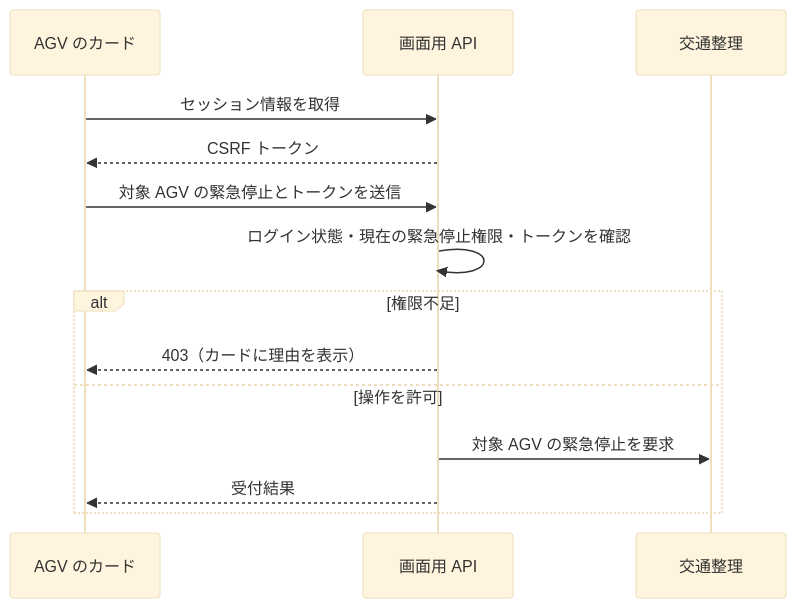
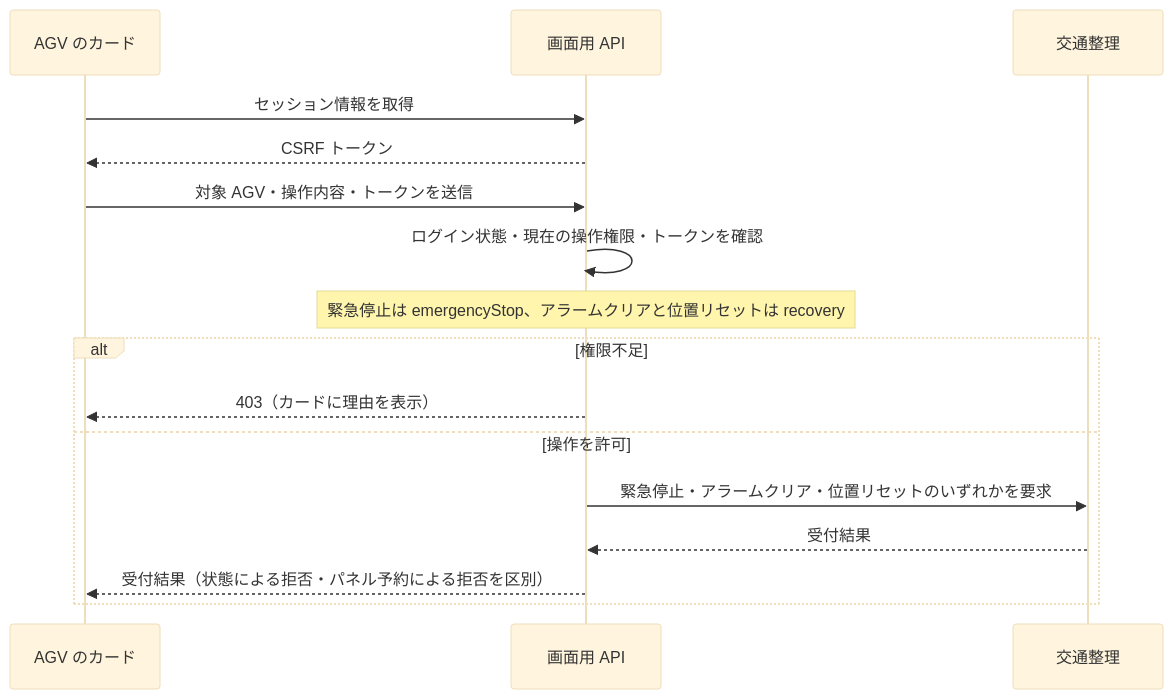
Before and after one commit to kkobaoh/flow-hub: diagram 19 of 23 in docs/development.md, drawn with Mermaid (base theme). The commit also changed other lines of this file and 15 other files, not shown here.

````diff
--- a/docs/development.md
+++ b/docs/development.md
@@ -428,16 +428,18 @@
 ```mermaid
 sequenceDiagram
     participant UI as AGV のカード
     participant API as 画面用 API
     participant Traffic as 交通整理
     UI->>API: セッション情報を取得
     API-->>UI: CSRF トークン
-    UI->>API: 対象 AGV の緊急停止とトークンを送信
-    API->>API: ログイン状態・現在の緊急停止権限・トークンを確認
+    UI->>API: 対象 AGV・操作内容・トークンを送信
+    API->>API: ログイン状態・現在の操作権限・トークンを確認
+    Note over API: 緊急停止は emergencyStop、アラームクリアと位置リセットは recovery
     alt 権限不足
         API-->>UI: 403（カードに理由を表示）
     else 操作を許可
-        API->>Traffic: 対象 AGV の緊急停止を要求
-        API-->>UI: 受付結果
+        API->>Traffic: 緊急停止・アラームクリア・位置リセットのいずれかを要求
+        Traffic-->>API: 受付結果
+        API-->>UI: 受付結果（状態による拒否・パネル予約による拒否を区別）
     end
 ```
````
